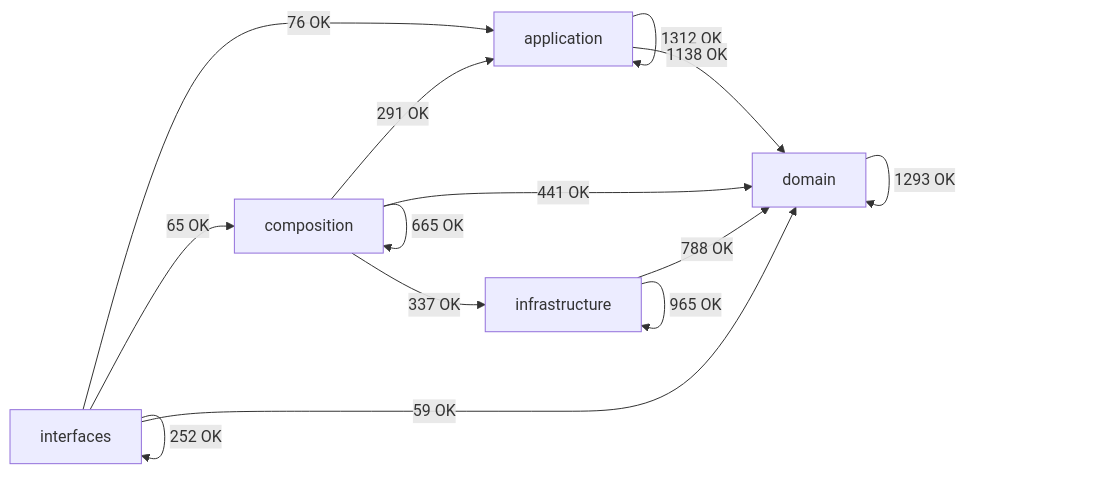
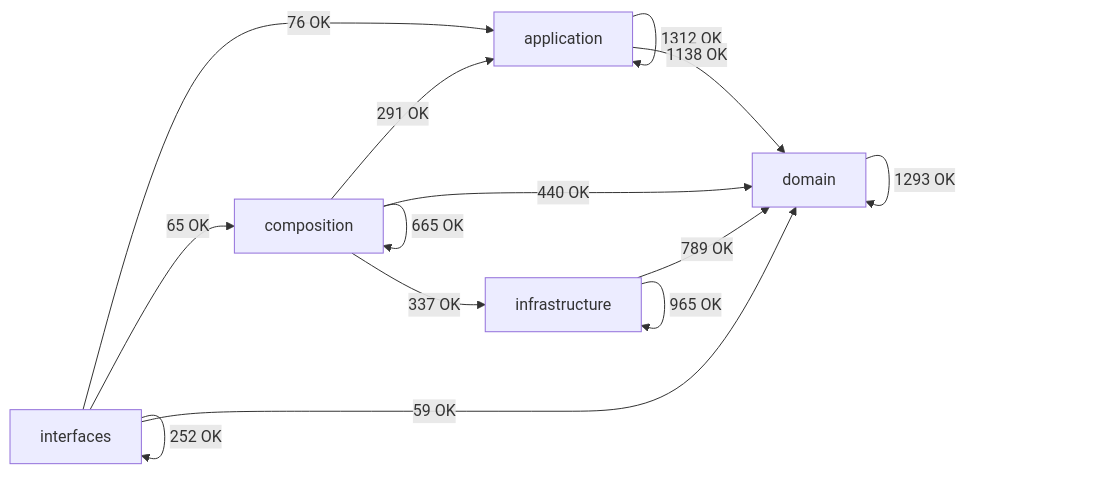
Before and after one commit to SatoryKono/BioactivityDataAcquisition: the diagram in docs/02-architecture/generated/module-dependency-map.md, drawn with Mermaid. The commit also changed other lines of this file and 49 other files, not shown here.

````diff
--- a/docs/02-architecture/generated/module-dependency-map.md
+++ b/docs/02-architecture/generated/module-dependency-map.md
@@ -17,21 +17,21 @@
 ```mermaid
 flowchart LR
     domain[domain]
     application[application]
     infrastructure[infrastructure]
     composition[composition]
     interfaces[interfaces]
     application -->|1312 OK| application
     application -->|1138 OK| domain
     composition -->|291 OK| application
     composition -->|665 OK| composition
-    composition -->|441 OK| domain
+    composition -->|440 OK| domain
     composition -->|337 OK| infrastructure
     domain -->|1293 OK| domain
-    infrastructure -->|788 OK| domain
+    infrastructure -->|789 OK| domain
     infrastructure -->|965 OK| infrastructure
     interfaces -->|76 OK| application
     interfaces -->|65 OK| composition
     interfaces -->|59 OK| domain
     interfaces -->|252 OK| interfaces
 ```
````
